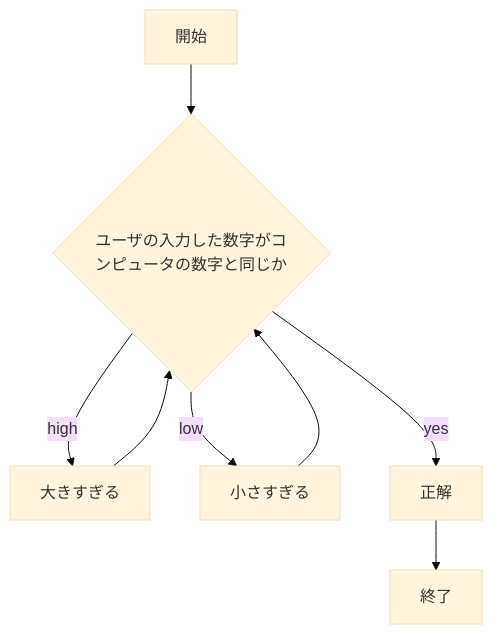
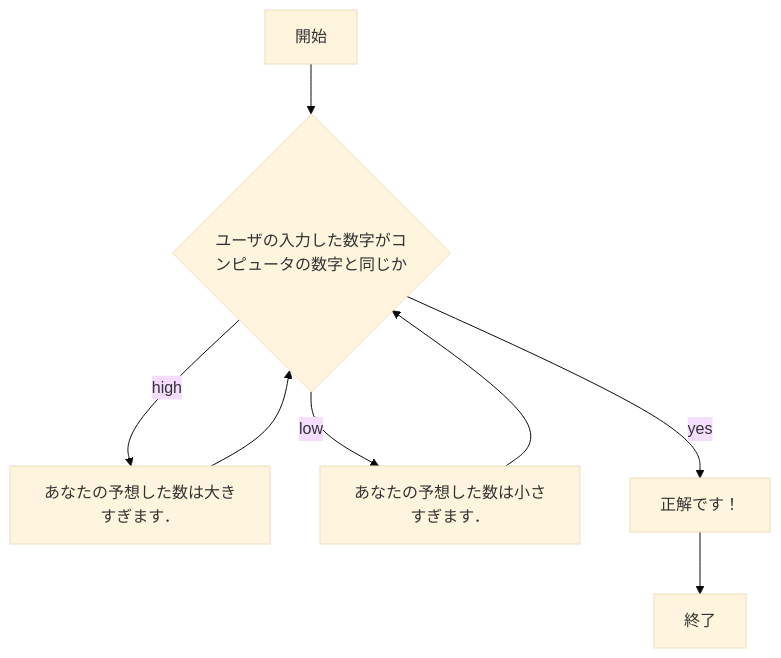
The third of 3 diagrams in README.md (ubukata0914/webpro_06), drawn with Mermaid (base theme) before and after one commit. The commit also changed other lines of this file, not shown here.

````diff
--- a/README.md
+++ b/README.md
@@ -89,17 +88,17 @@
 ```mermaid
 flowchart TD;
 start["開始"]
 end1["終了"]
 if{"ユーザの入力した数字がコンピュータの数字と同じか"}
-high["大きすぎる"]
-low["小さすぎる"]
-else["正解"]
+high["あなたの予想した数は大きすぎます．"]
+low["あなたの予想した数は小さすぎます．"]
+else["正解です！"]
 
 start --> if
 if --> |yes| else
 else --> end1
 if --> |high| high
 high --> if
 if --> |low| low
 low --> if
 ```
````
